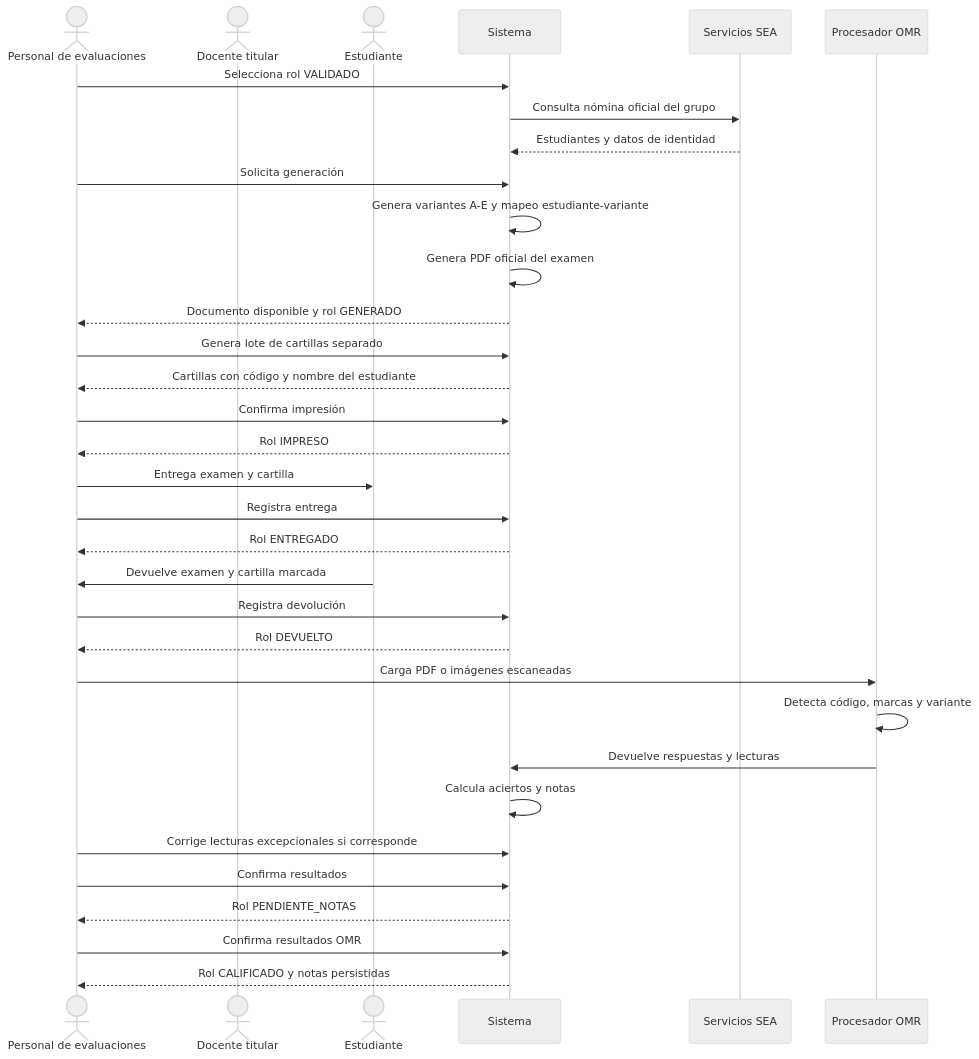
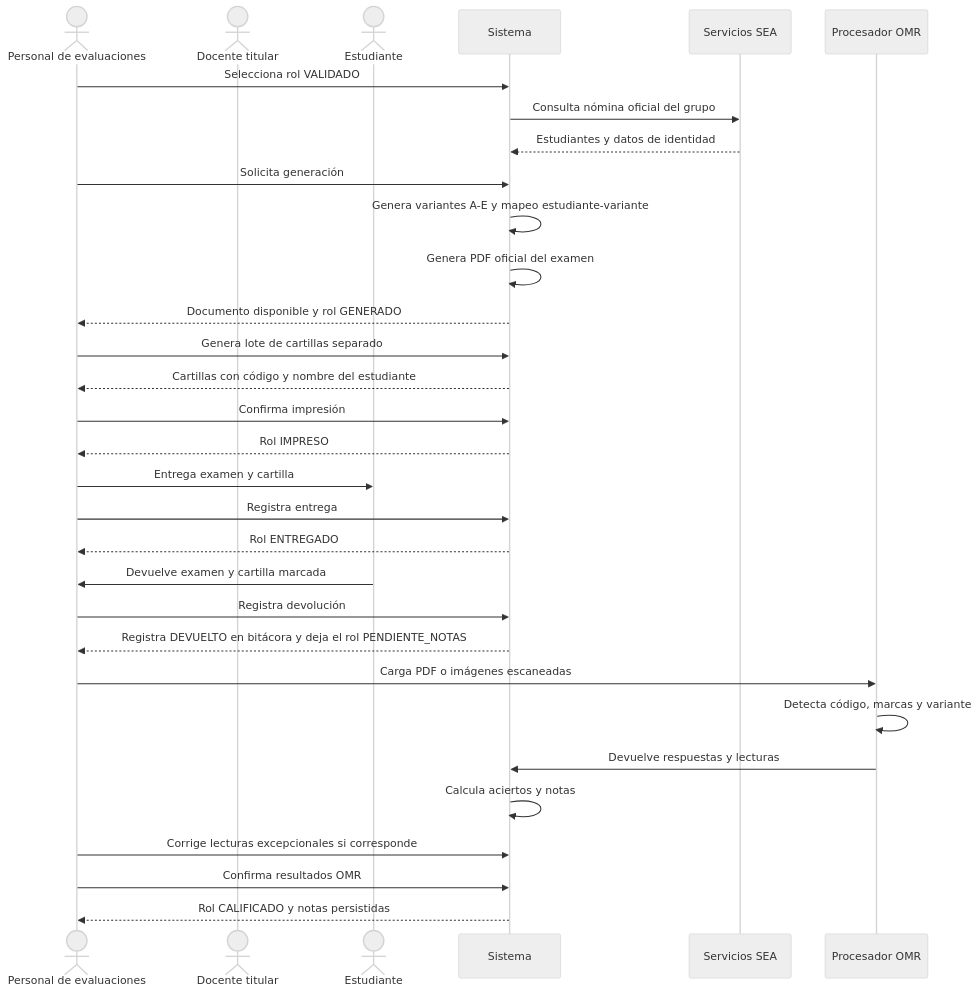
Before and after one commit to 4R13L-D3NY5/evaluaciones: the second of 4 diagrams in docs/flujo-secuencia-uso-examenes.md, drawn with Mermaid (neutral theme). The commit also changed 166 other files, not shown here.

````diff
--- a/docs/flujo-secuencia-uso-examenes.md
+++ b/docs/flujo-secuencia-uso-examenes.md
@@ -90,36 +90,34 @@
 ```mermaid
 sequenceDiagram
     actor Personal as Personal de evaluaciones
     actor Docente as Docente titular
     actor Estudiante as Estudiante
     participant Sistema as Sistema
     participant SEA as Servicios SEA
     participant OMR as Procesador OMR
 
     Personal->>Sistema: Selecciona rol VALIDADO
     Sistema->>SEA: Consulta nómina oficial del grupo
     SEA-->>Sistema: Estudiantes y datos de identidad
     Personal->>Sistema: Solicita generación
     Sistema->>Sistema: Genera variantes A-E y mapeo estudiante-variante
     Sistema->>Sistema: Genera PDF oficial del examen
     Sistema-->>Personal: Documento disponible y rol GENERADO
     Personal->>Sistema: Genera lote de cartillas separado
     Sistema-->>Personal: Cartillas con código y nombre del estudiante
     Personal->>Sistema: Confirma impresión
     Sistema-->>Personal: Rol IMPRESO
     Personal->>Estudiante: Entrega examen y cartilla
     Personal->>Sistema: Registra entrega
     Sistema-->>Personal: Rol ENTREGADO
     Estudiante->>Personal: Devuelve examen y cartilla marcada
     Personal->>Sistema: Registra devolución
-    Sistema-->>Personal: Rol DEVUELTO
+    Sistema-->>Personal: Registra DEVUELTO en bitácora y deja el rol PENDIENTE_NOTAS
     Personal->>OMR: Carga PDF o imágenes escaneadas
     OMR->>OMR: Detecta código, marcas y variante
     OMR->>Sistema: Devuelve respuestas y lecturas
     Sistema->>Sistema: Calcula aciertos y notas
     Personal->>Sistema: Corrige lecturas excepcionales si corresponde
-    Personal->>Sistema: Confirma resultados
-    Sistema-->>Personal: Rol PENDIENTE_NOTAS
     Personal->>Sistema: Confirma resultados OMR
     Sistema-->>Personal: Rol CALIFICADO y notas persistidas
 ```
````
